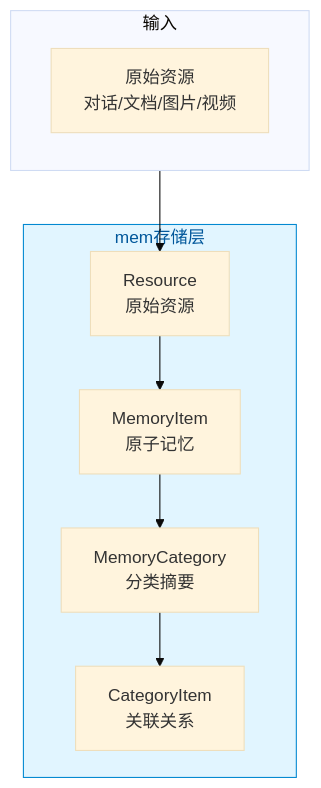
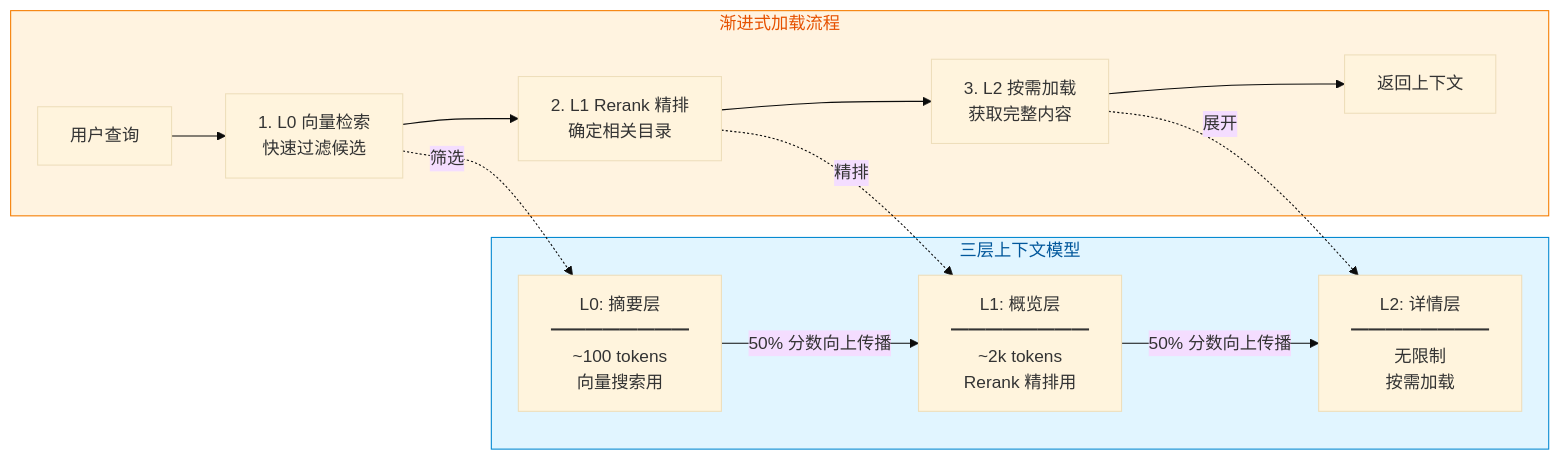
Before and after one commit to FreezeSoul/freezesoul.github.com: the fifth of 8 diagrams in _posts/2026-03-06-agent-design-03-context-memory-design.md, drawn with Mermaid (base theme). The commit also changed other lines of this file and 2 other files, not shown here.

````diff
--- a/_posts/2026-03-06-agent-design-03-context-memory-design.md
+++ b/_posts/2026-03-06-agent-design-03-context-memory-design.md
@@ -284,20 +211,33 @@
 ```mermaid
-flowchart TD
-    subgraph Input["输入"]
-        Resource["原始资源<br/>对话/文档/图片/视频"]
+flowchart LR
+    subgraph Layers["三层上下文模型"]
+        L0["L0: 摘要层<br/>━━━━━━━━<br/>~100 tokens<br/>向量搜索用"]
+
+        L1["L1: 概览层<br/>━━━━━━━━<br/>~2k tokens<br/>Rerank 精排用"]
+
+        L2["L2: 详情层<br/>━━━━━━━━<br/>无限制<br/>按需加载"]
     end
-    
-    subgraph Storage["mem存储层"]
-        R["Resource<br/>原始资源"]
-        MI["MemoryItem<br/>原子记忆"]
-        MC["MemoryCategory<br/>分类摘要"]
-        CI["CategoryItem<br/>关联关系"]
+
+    subgraph Process["渐进式加载流程"]
+        Query["用户查询"]
+        Step1["1. L0 向量检索<br/>快速过滤候选"]
+        Step2["2. L1 Rerank 精排<br/>确定相关目录"]
+        Step3["3. L2 按需加载<br/>获取完整内容"]
+        Result["返回上下文"]
     end
-    
-    Input --> R
-    R --> MI
-    MI --> MC
-    MC --> CI
-    
-    style Storage fill:#e1f5ff,stroke:#0288d1,color:#01579b
+
+    Query --> Step1
+    Step1 --> Step2
+    Step2 --> Step3
+    Step3 --> Result
+
+    Step1 -.->|筛选| L0
+    Step2 -.->|精排| L1
+    Step3 -.->|展开| L2
+
+    L0 -->|50% 分数向上传播| L1
+    L1 -->|50% 分数向上传播| L2
+
+    style Layers fill:#e1f5ff,stroke:#0288d1,color:#01579b
+    style Process fill:#fff3e0,stroke:#f57c00,color:#e65100
 ```
````
